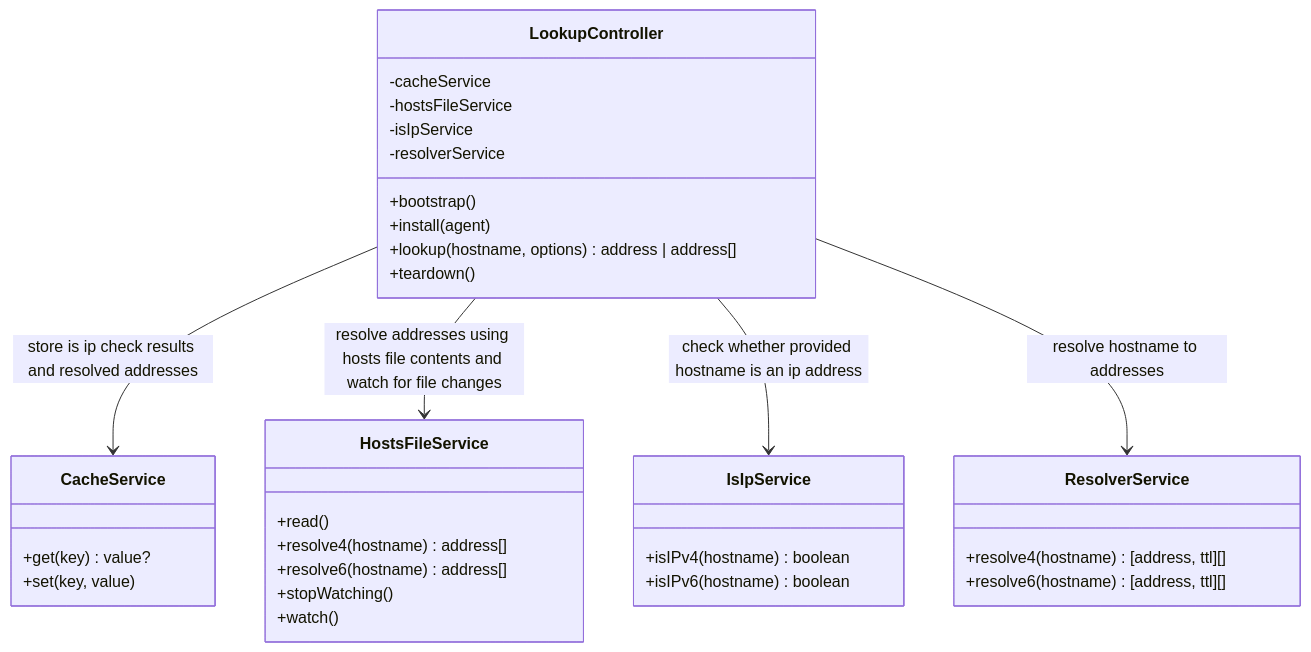
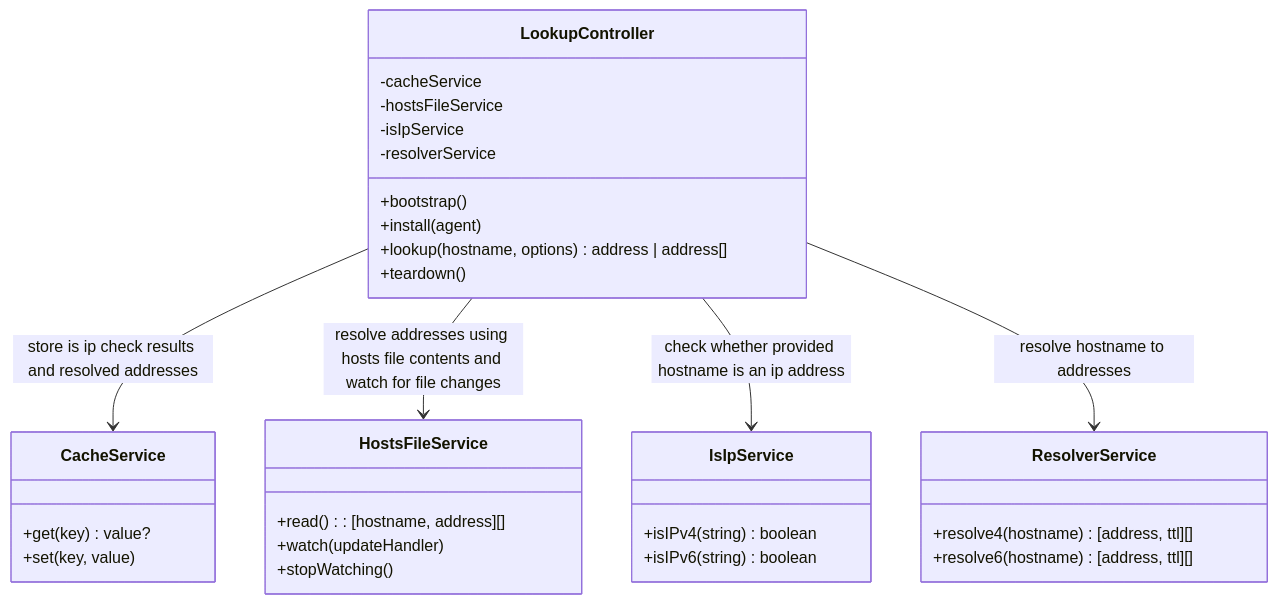
Before and after one commit to sempasha/super-dns-lookup: the diagram in README.md, drawn with Mermaid. The commit also changed other lines of this file, not shown here.

Commit message:
docs: 📖 Update `HostsFileService` design

````diff
--- a/README.md
+++ b/README.md
@@ -141,42 +141,40 @@
 ```mermaid
 classDiagram
 
 class CacheService {
   +get(key) value?
   +set(key, value)
 }
 
 class HostsFileService {
-  +read()
-  +resolve4(hostname) address[]
-  +resolve6(hostname) address[]
+  +read(): [hostname, address][]
+  +watch(updateHandler)
   +stopWatching()
-  +watch()
 }
 
 class IsIpService {
-  +isIPv4(hostname) boolean
-  +isIPv6(hostname) boolean
+  +isIPv4(string) boolean
+  +isIPv6(string) boolean
 }
 
 class ResolverService {
   +resolve4(hostname) [address, ttl][]
   +resolve6(hostname) [address, ttl][]
 }
 
 class LookupController {
   -cacheService
   -hostsFileService
   -isIpService
   -resolverService
   +bootstrap()
   +install(agent)
   +lookup(hostname, options) address | address[]
   +teardown()
 }
 
 LookupController --> CacheService : store is ip check results and resolved addresses
 LookupController --> HostsFileService : resolve addresses using hosts file contents and watch for file changes
 LookupController --> IsIpService : check whether provided hostname is an ip address
 LookupController --> ResolverService : resolve hostname to addresses
 ```
````
